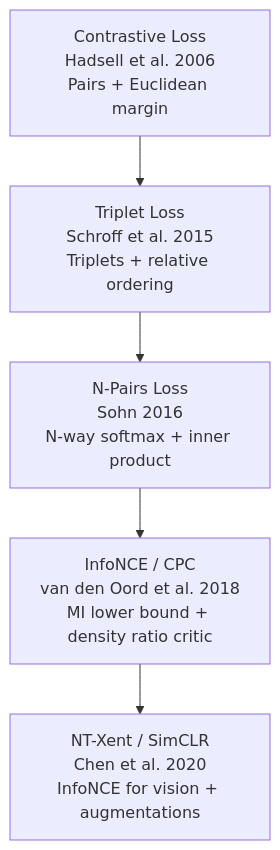
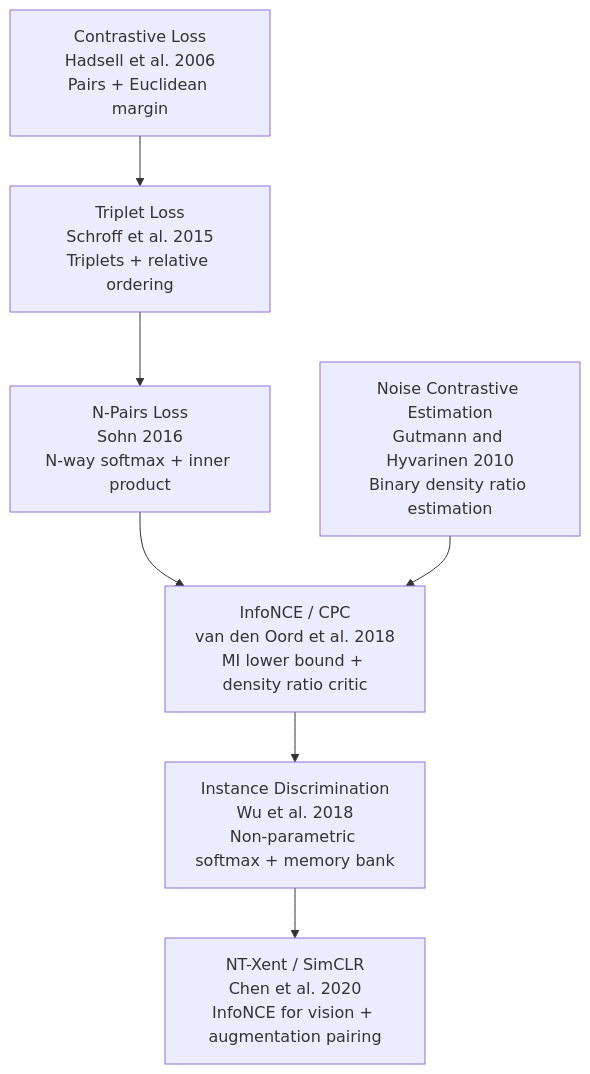
One commit to calwoo/research-notes changed the second of 2 diagrams in concepts/self-supervised-vision/contrastive-learning.md. Above: the diagram before and after it, drawn with Mermaid. The commit also changed other lines of this file, not shown here.

First line of the commit message:
feat: fill gaps in contrastive learning note (NCE lineage, InstDisc, alignment-uniformity)

````diff
--- a/concepts/self-supervised-vision/contrastive-learning.md
+++ b/concepts/self-supervised-vision/contrastive-learning.md
@@ -428,12 +584,16 @@
 ```mermaid
 flowchart TD
+    NCE["Noise Contrastive Estimation<br/>Gutmann and Hyvarinen 2010<br/>Binary density ratio estimation"]
     A["Contrastive Loss<br/>Hadsell et al. 2006<br/>Pairs + Euclidean margin"]
     B["Triplet Loss<br/>Schroff et al. 2015<br/>Triplets + relative ordering"]
     C["N-Pairs Loss<br/>Sohn 2016<br/>N-way softmax + inner product"]
     D["InfoNCE / CPC<br/>van den Oord et al. 2018<br/>MI lower bound + density ratio critic"]
-    E["NT-Xent / SimCLR<br/>Chen et al. 2020<br/>InfoNCE for vision + augmentations"]
+    F["Instance Discrimination<br/>Wu et al. 2018<br/>Non-parametric softmax + memory bank"]
+    E["NT-Xent / SimCLR<br/>Chen et al. 2020<br/>InfoNCE for vision + augmentation pairing"]
     A --> B
     B --> C
     C --> D
-    D --> E
+    NCE --> D
+    D --> F
+    F --> E
 ```
````
